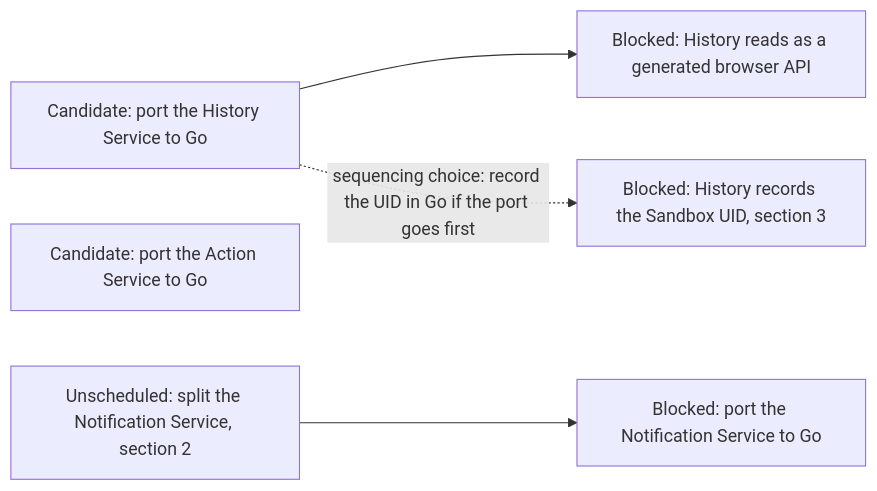
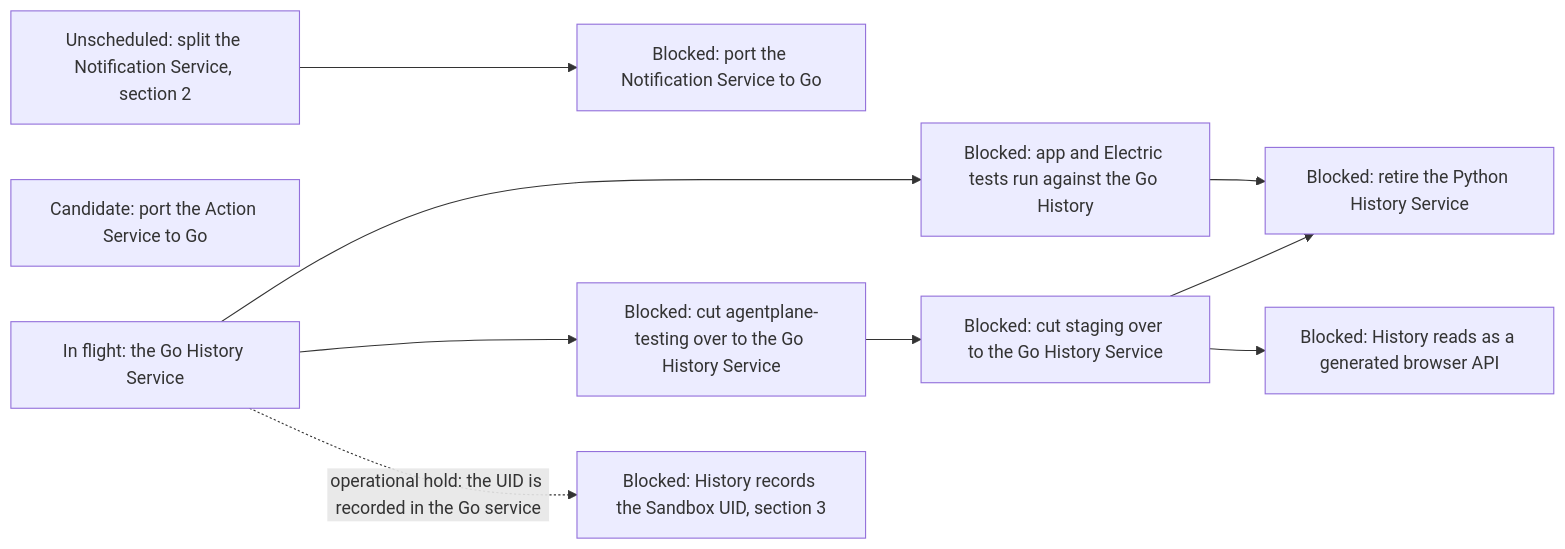
Diagram 17 of 17 in agentplane/plans/task_dag.md (agentydragon-agent/ducktape), drawn with Mermaid before and after one commit. The commit also changed other lines of this file, not shown here.

````diff
--- a/agentplane/plans/task_dag.md
+++ b/agentplane/plans/task_dag.md
@@ -1954,12 +1956,21 @@
 ```mermaid
 flowchart LR
-    HISTORY_SERVICE_GO_PORT[Candidate: port the History Service to Go]
+    HISTORY_GO_SERVICE[In flight: the Go History Service]
+    HISTORY_TEST_BACKEND_ON_GO[Blocked: app and Electric tests run against the Go History]
+    HISTORY_GO_TESTING_CUTOVER[Blocked: cut agentplane-testing over to the Go History Service]
+    HISTORY_GO_STAGING_CUTOVER[Blocked: cut staging over to the Go History Service]
+    HISTORY_PYTHON_RETIREMENT[Blocked: retire the Python History Service]
     HISTORY_READS_FACADE[Blocked: History reads as a generated browser API]
     NOTIFICATION_SERVICE_GO_PORT[Blocked: port the Notification Service to Go]
     ACTION_SERVICE_GO_PORT[Candidate: port the Action Service to Go]
     NOTIFICATION_SERVICE_SPLIT[Unscheduled: split the Notification Service, section 2]
     HISTORY_SANDBOX_UID[Blocked: History records the Sandbox UID, section 3]
-    HISTORY_SERVICE_GO_PORT --> HISTORY_READS_FACADE
+    HISTORY_GO_SERVICE --> HISTORY_TEST_BACKEND_ON_GO
+    HISTORY_GO_SERVICE --> HISTORY_GO_TESTING_CUTOVER
+    HISTORY_GO_TESTING_CUTOVER --> HISTORY_GO_STAGING_CUTOVER
+    HISTORY_GO_STAGING_CUTOVER --> HISTORY_PYTHON_RETIREMENT
+    HISTORY_TEST_BACKEND_ON_GO --> HISTORY_PYTHON_RETIREMENT
+    HISTORY_GO_STAGING_CUTOVER --> HISTORY_READS_FACADE
     NOTIFICATION_SERVICE_SPLIT --> NOTIFICATION_SERVICE_GO_PORT
-    HISTORY_SERVICE_GO_PORT -. sequencing choice: record the UID in Go if the port goes first .-> HISTORY_SANDBOX_UID
+    HISTORY_GO_SERVICE -. operational hold: the UID is recorded in the Go service .-> HISTORY_SANDBOX_UID
 ```
````
